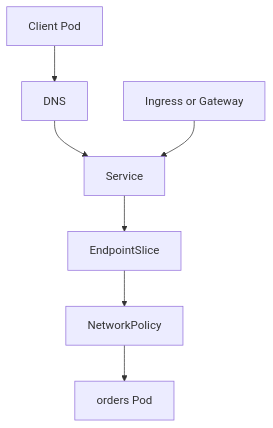
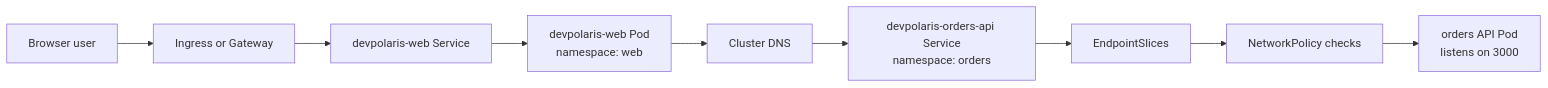
Before and after one commit to senlinyy/dev-roadmaps: the diagram in containers-orchestration/kubernetes/networking/debugging-kubernetes-networking.md, drawn with Mermaid. The commit also changed other lines of this file and 260 other files, not shown here.

````diff
--- a/containers-orchestration/kubernetes/networking/debugging-kubernetes-networking.md
+++ b/containers-orchestration/kubernetes/networking/debugging-kubernetes-networking.md
@@ -34,9 +31,11 @@
 ```mermaid
-flowchart TD
-    A[Client Pod] --> B[DNS]
-    B --> C[Service]
-    C --> D[EndpointSlice]
-    D --> E[NetworkPolicy]
-    E --> F[orders Pod]
-    G[Ingress or Gateway] --> C
+flowchart LR
+    Browser[Browser user] --> Edge[Ingress or Gateway]
+    Edge --> WebSvc[devpolaris-web Service]
+    WebSvc --> WebPod[devpolaris-web Pod<br/>namespace: web]
+    WebPod --> DNS[Cluster DNS]
+    DNS --> OrdersSvc[devpolaris-orders-api Service<br/>namespace: orders]
+    OrdersSvc --> Slice[EndpointSlices]
+    Slice --> Policy[NetworkPolicy checks]
+    Policy --> OrdersPod[orders API Pod<br/>listens on 3000]
 ```
````
